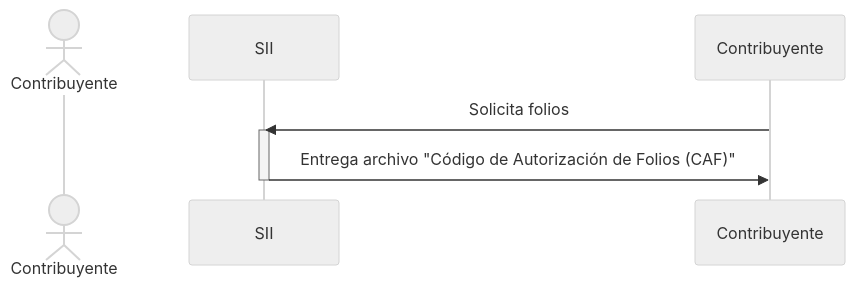
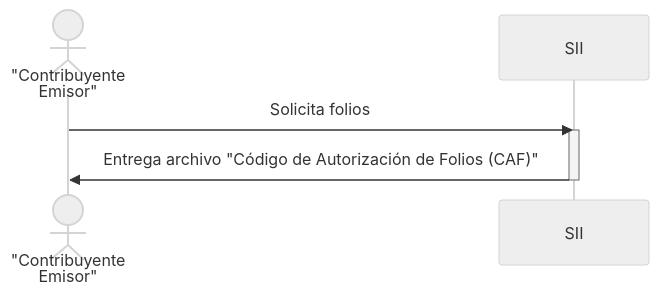
The diagram in README.md (mliulion/sii-uml), drawn with Mermaid (neutral theme) before and after one commit.

````diff
--- a/README.md
+++ b/README.md
@@ -14,14 +14,14 @@
 ```mermaid
 sequenceDiagram
 
-    actor       "Contribuyente\nEmisor" as Contribuyente
+    actor       Contribuyente as "Contribuyente<br/>Emisor"
     participant SII
 
     Contribuyente->>SII: Solicita folios
     activate SII
     
     SII->>Contribuyente: Entrega archivo "Código de Autorización de Folios (CAF)"
     deactivate SII
 
 
 ```
````
